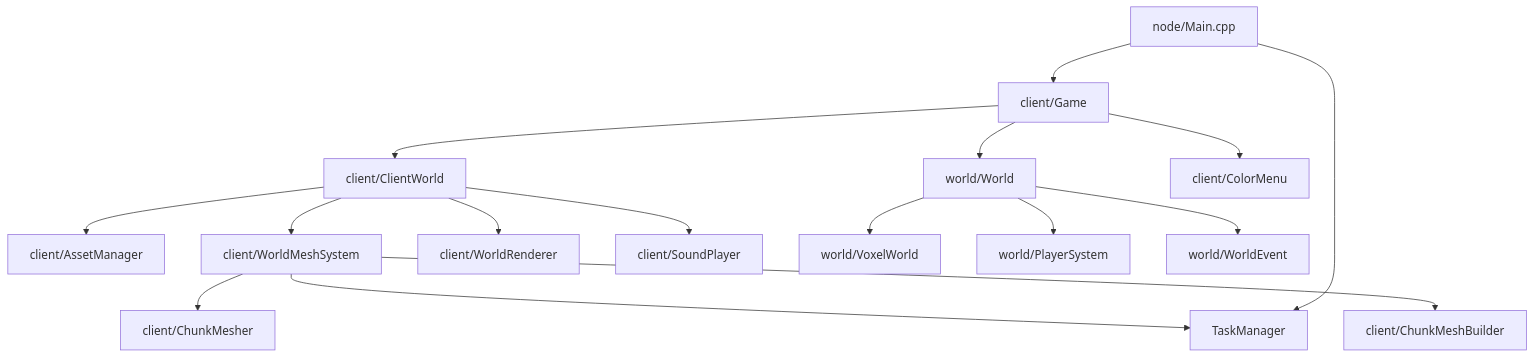
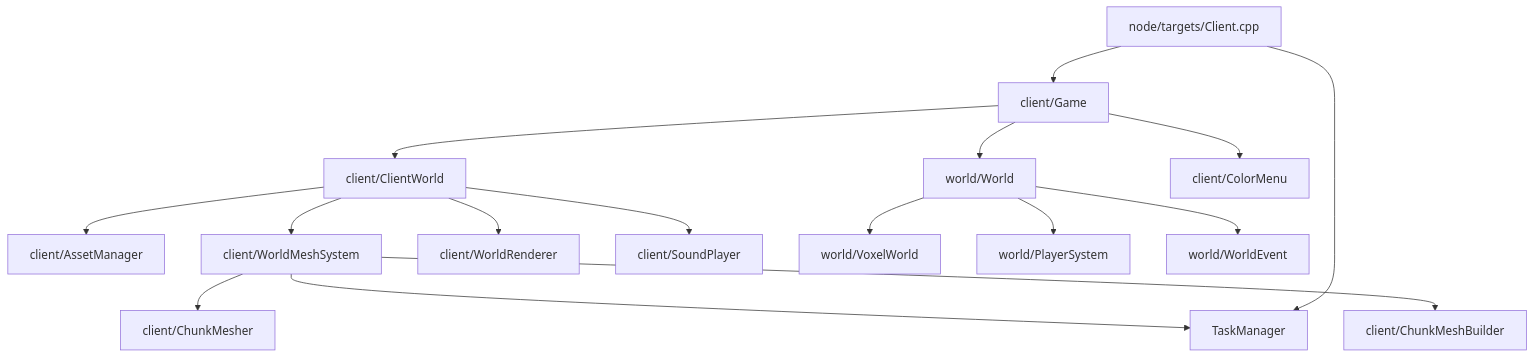
Before and after one commit to luppichristian/OpenRealm: the third of 4 diagrams in README.md, drawn with Mermaid. The commit also changed other lines of this file and 5 other files, not shown here.

Commit message:
build: add node type entry targets

````diff
--- a/README.md
+++ b/README.md
@@ -56,21 +56,21 @@
 ```mermaid
 flowchart TD
-  Main[node/Main.cpp] --> TaskManager[TaskManager]
-  Main --> Game[client/Game]
+  ClientTarget[node/targets/Client.cpp] --> TaskManager[TaskManager]
+  ClientTarget --> Game[client/Game]
   Game --> ClientWorld[client/ClientWorld]
   Game --> World[world/World]
   Game --> ColorMenu[client/ColorMenu]
 
   ClientWorld --> AssetManager[client/AssetManager]
   ClientWorld --> MeshSystem[client/WorldMeshSystem]
   ClientWorld --> Renderer[client/WorldRenderer]
   ClientWorld --> SoundPlayer[client/SoundPlayer]
 
   World --> VoxelWorld[world/VoxelWorld]
   World --> PlayerSystem[world/PlayerSystem]
   World --> WorldEvents[world/WorldEvent]
 
   MeshSystem --> ChunkMesher[client/ChunkMesher]
   MeshSystem --> ChunkMeshBuilder[client/ChunkMeshBuilder]
   MeshSystem --> TaskManager
 ```
````
